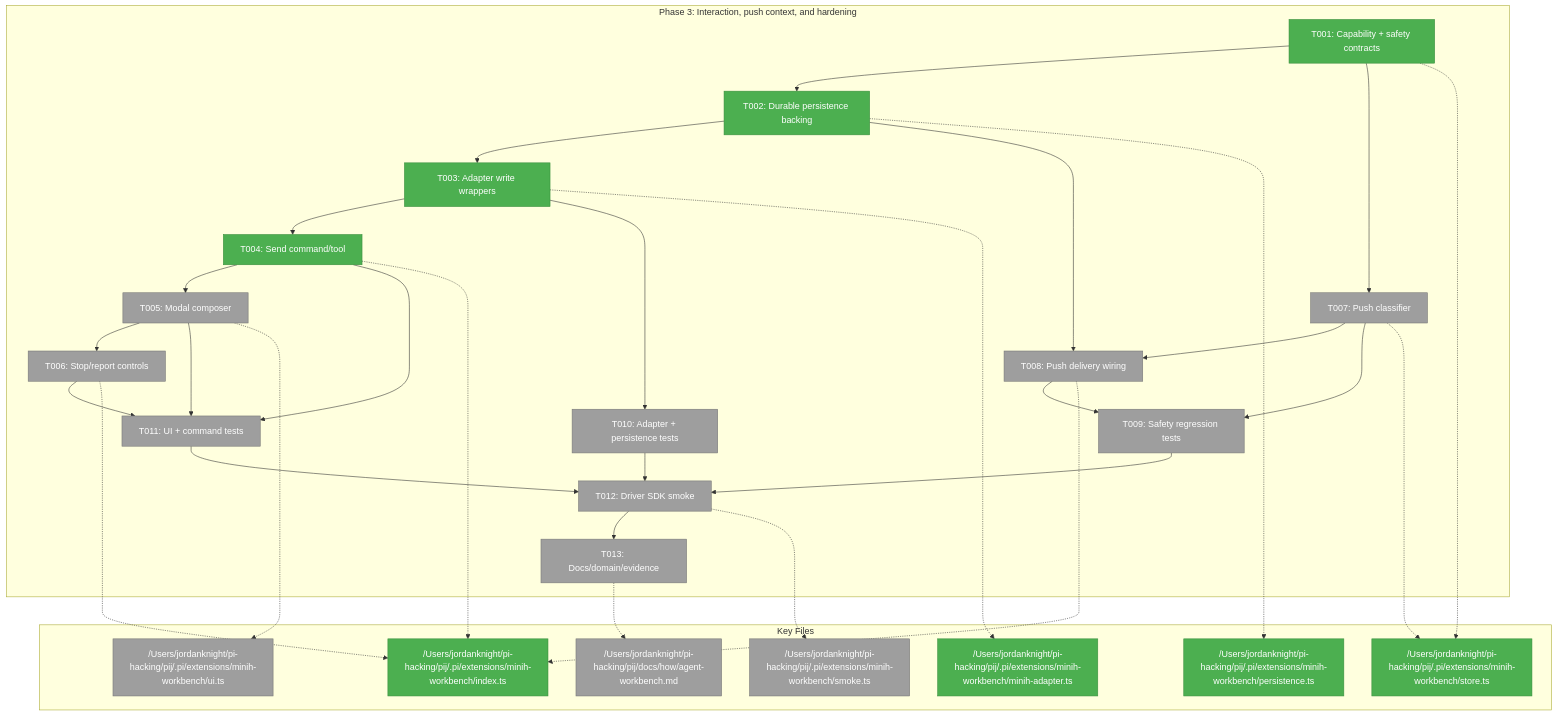
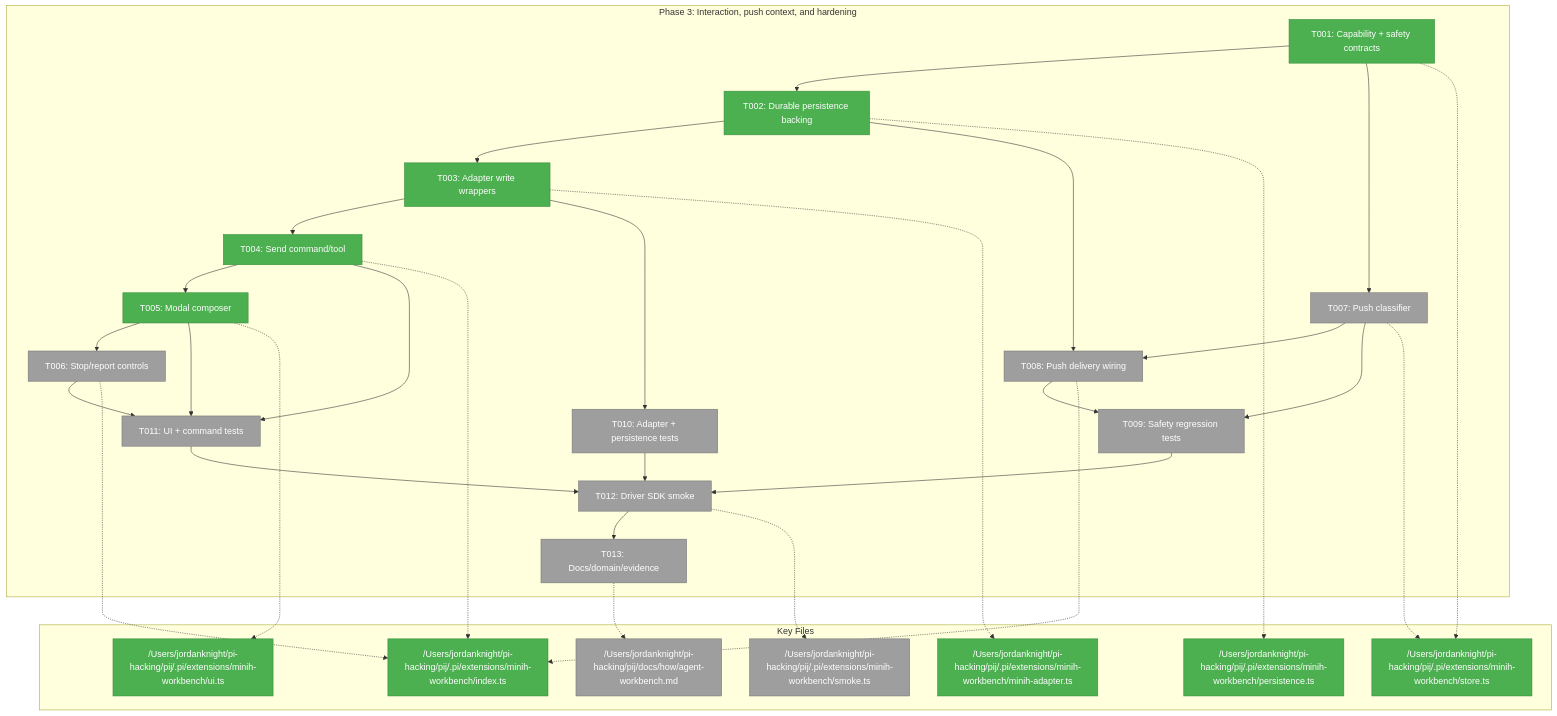
The first of 3 diagrams in docs/plans/007-options-for-pi-extensions-that-do-subagents/tasks/phase-3-interaction-push-context-and-hardening/tasks.md (vaughanknight/pij), drawn with Mermaid before and after one commit. The commit also changed other lines of this file and 5 other files, not shown here.

Commit message:
feat(minih): add modal composer send action

````diff
--- a/docs/plans/007-options-for-pi-extensions-that-do-subagents/tasks/phase-3-interaction-push-context-and-hardening/tasks.md
+++ b/docs/plans/007-options-for-pi-extensions-that-do-subagents/tasks/phase-3-interaction-push-context-and-hardening/tasks.md
@@ -183,55 +183,55 @@
 ```mermaid
 flowchart TD
     classDef pending fill:#9E9E9E,stroke:#757575,color:#fff
     classDef inprogress fill:#FFC107,stroke:#FFA000,color:#000
     classDef completed fill:#4CAF50,stroke:#388E3C,color:#fff
 
     subgraph Phase["Phase 3: Interaction, push context, and hardening"]
         T001["T001: Capability + safety contracts"]:::completed
         T002["T002: Durable persistence backing"]:::completed
         T003["T003: Adapter write wrappers"]:::completed
         T004["T004: Send command/tool"]:::completed
-        T005["T005: Modal composer"]:::pending
+        T005["T005: Modal composer"]:::completed
         T006["T006: Stop/report controls"]:::pending
         T007["T007: Push classifier"]:::pending
         T008["T008: Push delivery wiring"]:::pending
         T009["T009: Safety regression tests"]:::pending
         T010["T010: Adapter + persistence tests"]:::pending
         T011["T011: UI + command tests"]:::pending
         T012["T012: Driver SDK smoke"]:::pending
         T013["T013: Docs/domain/evidence"]:::pending
         T001 --> T002 --> T003 --> T004 --> T005 --> T006
         T001 --> T007 --> T008
         T002 --> T008
         T003 --> T010
         T004 --> T011
         T005 --> T011
         T006 --> T011
         T007 --> T009
         T008 --> T009
         T009 --> T012 --> T013
         T010 --> T012
         T011 --> T012
     end
 
     subgraph Files["Key Files"]
         F1["/Users/jordanknight/pi-hacking/pij/.pi/extensions/minih-workbench/store.ts"]:::completed
         F2["/Users/jordanknight/pi-hacking/pij/.pi/extensions/minih-workbench/persistence.ts"]:::completed
         F3["/Users/jordanknight/pi-hacking/pij/.pi/extensions/minih-workbench/minih-adapter.ts"]:::completed
         F4["/Users/jordanknight/pi-hacking/pij/.pi/extensions/minih-workbench/index.ts"]:::completed
-        F5["/Users/jordanknight/pi-hacking/pij/.pi/extensions/minih-workbench/ui.ts"]:::pending
+        F5["/Users/jordanknight/pi-hacking/pij/.pi/extensions/minih-workbench/ui.ts"]:::completed
         F6["/Users/jordanknight/pi-hacking/pij/.pi/extensions/minih-workbench/smoke.ts"]:::pending
         F7["/Users/jordanknight/pi-hacking/pij/docs/how/agent-workbench.md"]:::pending
     end
 
     T001 -.-> F1
     T002 -.-> F2
     T003 -.-> F3
     T004 -.-> F4
     T005 -.-> F5
     T006 -.-> F4
     T007 -.-> F1
     T008 -.-> F4
     T012 -.-> F6
     T013 -.-> F7
 ```
````
